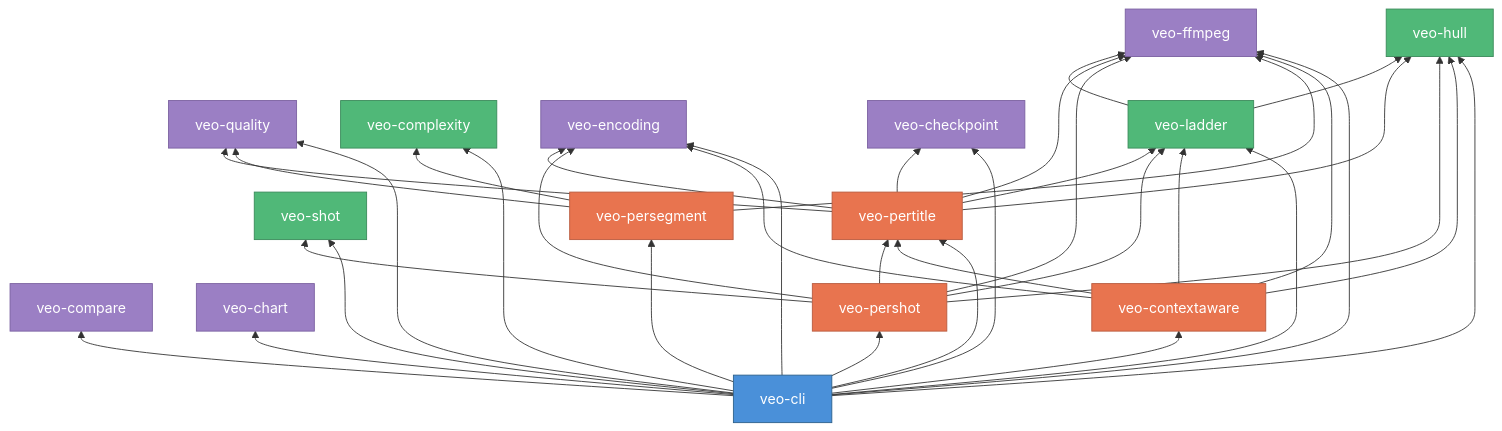
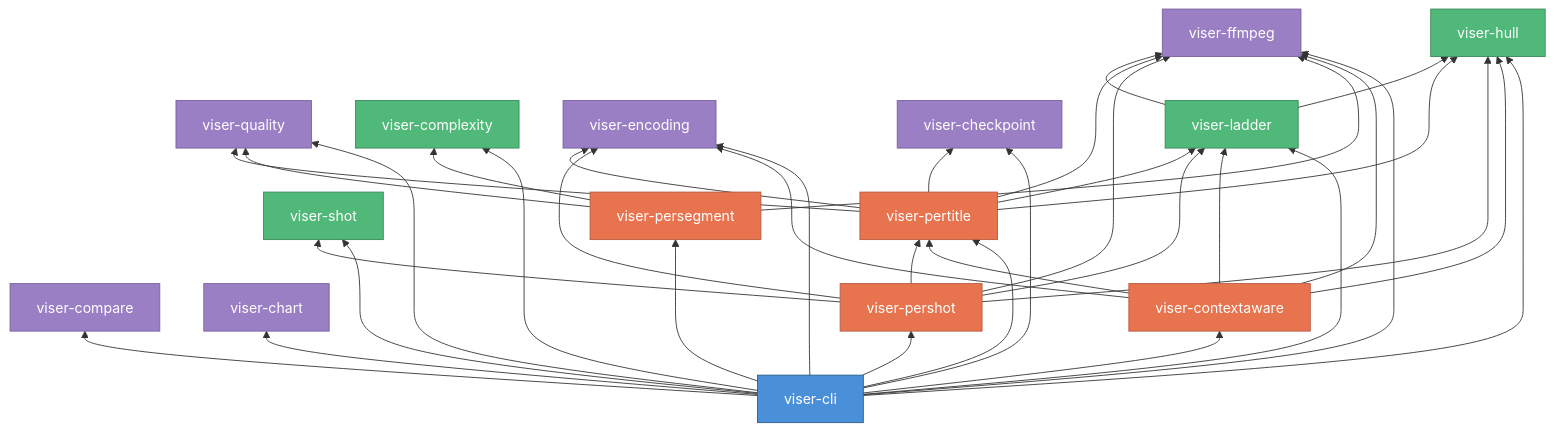
Before and after one commit to vbasky/viser: the sixth of 6 diagrams in docs/system-design.md, drawn with Mermaid. The commit also changed other lines of this file and 106 other files, not shown here.

First line of the commit message:
Rename veo → viser; add project template files

````diff
--- a/docs/system-design.md
+++ b/docs/system-design.md
@@ -125,35 +125,35 @@
 ```mermaid
 graph BT
-    FF[veo-ffmpeg]
-    QM[veo-quality]
-    HULL[veo-hull]
-    SHOT[veo-shot]
-    CX[veo-complexity]
-    ENC[veo-encoding]
-    CP[veo-checkpoint]
-    CMP[veo-compare]
-    CHT[veo-chart]
-    LADDER[veo-ladder]
-    PT[veo-pertitle]
-    PS[veo-pershot]
-    SEG[veo-persegment]
-    CA[veo-contextaware]
-    CLI[veo-cli]
+    FF[viser-ffmpeg]
+    QM[viser-quality]
+    HULL[viser-hull]
+    SHOT[viser-shot]
+    CX[viser-complexity]
+    ENC[viser-encoding]
+    CP[viser-checkpoint]
+    CMP[viser-compare]
+    CHT[viser-chart]
+    LADDER[viser-ladder]
+    PT[viser-pertitle]
+    PS[viser-pershot]
+    SEG[viser-persegment]
+    CA[viser-contextaware]
+    CLI[viser-cli]
 
     LADDER --> FF & HULL
     PT --> FF & QM & HULL & LADDER & ENC & CP
     PS --> FF & HULL & LADDER & ENC & PT & SHOT
     SEG --> FF & QM & CX
     CA --> FF & HULL & LADDER & ENC & PT
     CLI --> FF & QM & HULL & LADDER & SHOT & CX & ENC & CP & CMP & CHT & PT & PS & SEG & CA
 
     classDef foundation fill:#9b7fc4,stroke:#7a60a0,color:#fff
     classDef core fill:#50b878,stroke:#3a8a5a,color:#fff
     classDef pipeline fill:#e8744f,stroke:#b85a3e,color:#fff
     classDef app fill:#4a90d9,stroke:#2c5f8a,color:#fff
 
     class FF,QM,ENC,CP,CMP,CHT foundation
     class HULL,LADDER,SHOT,CX core
     class PT,PS,SEG,CA pipeline
     class CLI app
 ```
````
